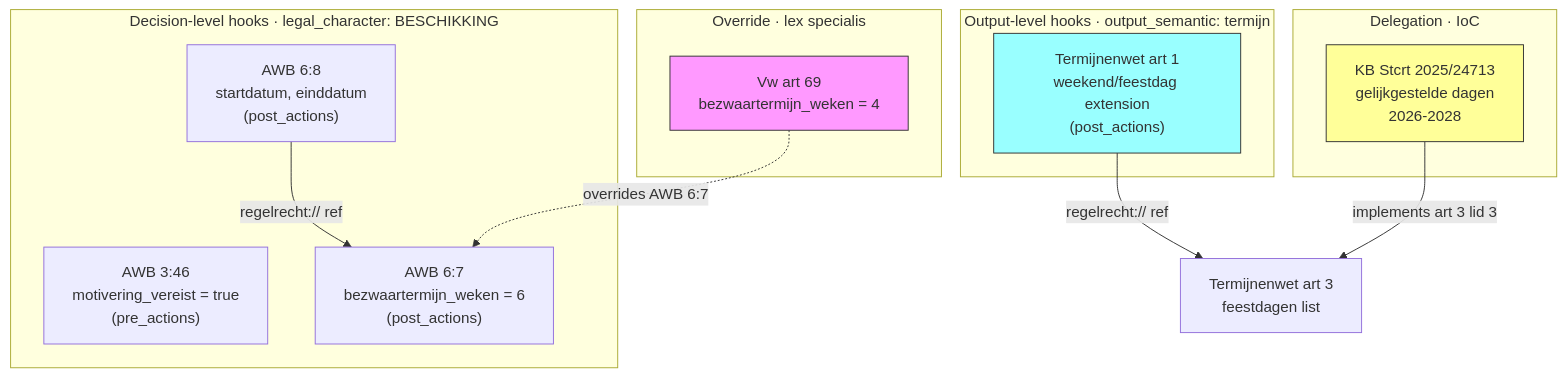
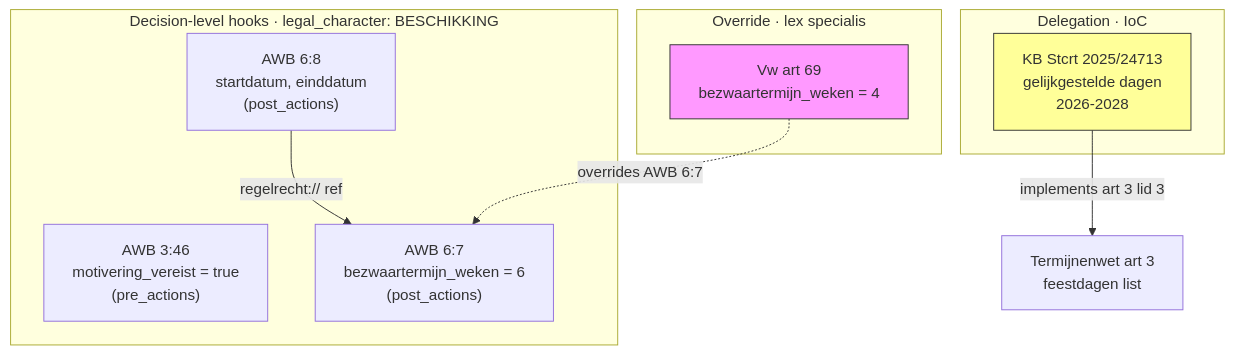
One commit to MinBZK/regelrecht changed the third of 4 diagrams in docs/rfcs/rfc-007.md. Above: the diagram before and after it, drawn with Mermaid. The commit also changed other lines of this file, not shown here.

````diff
--- a/docs/rfcs/rfc-007.md
+++ b/docs/rfcs/rfc-007.md
@@ -306,29 +265,23 @@
 ```mermaid
 graph TB
     subgraph "Decision-level hooks · legal_character: BESCHIKKING"
         H1["AWB 3:46\nmotivering_vereist = true\n(pre_actions)"]
         H2["AWB 6:7\nbezwaartermijn_weken = 6\n(post_actions)"]
         H3["AWB 6:8\nstartdatum, einddatum\n(post_actions)"]
-    end
-
-    subgraph "Output-level hooks · output_semantic: termijn"
-        H4["Termijnenwet art 1\nweekend/feestdag extension\n(post_actions)"]
     end
 
     subgraph "Override · lex specialis"
         O1["Vw art 69\nbezwaartermijn_weken = 4"]
     end
 
     subgraph "Delegation · IoC"
         D1["KB Stcrt 2025/24713\ngelijkgestelde dagen\n2026-2028"]
     end
 
     H3 -->|"regelrecht:// ref"| H2
     O1 -.->|"overrides AWB 6:7"| H2
-    H4 -->|"regelrecht:// ref"| T3["Termijnenwet art 3\nfeestdagen list"]
-    D1 -->|"implements art 3 lid 3"| T3
+    D1 -->|"implements art 3 lid 3"| T3["Termijnenwet art 3\nfeestdagen list"]
 
     style O1 fill:#f9f,stroke:#333
     style D1 fill:#ff9,stroke:#333
-    style H4 fill:#9ff,stroke:#333
 ```
````
